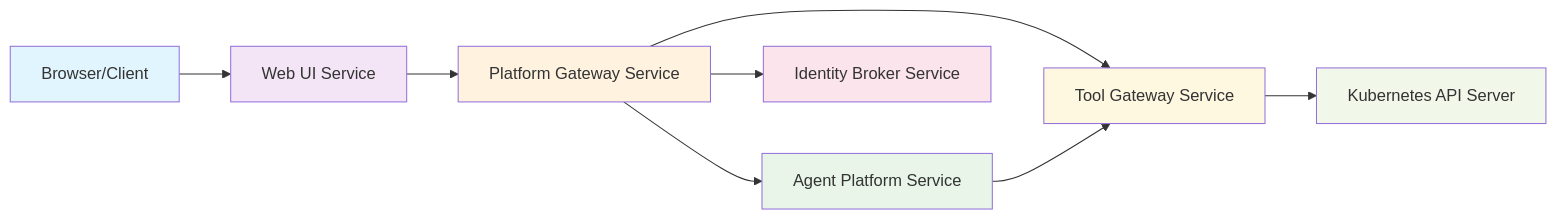
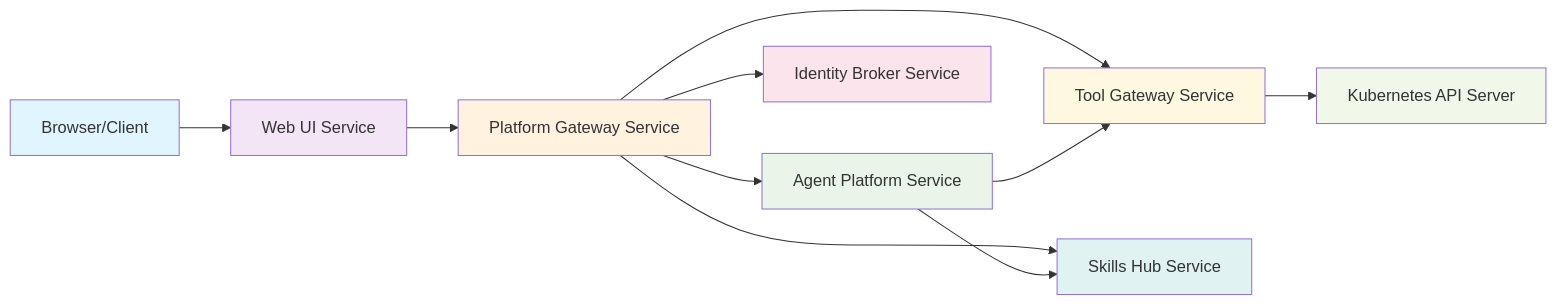
The second of 2 diagrams in .qoder/repowiki/en/content/Deployment and Operations/Kubernetes Deployment.md (metasync/luban-aiops), drawn with Mermaid before and after one commit. The commit also changed other lines of this file and 64 other files, not shown here.

Commit message:
docs: refresh repowiki knowledge cache for SPEC-014 skills hub

````diff
--- a/.qoder/repowiki/en/content/Deployment and Operations/Kubernetes Deployment.md
+++ b/.qoder/repowiki/en/content/Deployment and Operations/Kubernetes Deployment.md
@@ -304,17 +408,20 @@
 ```mermaid
 graph LR
 A[Browser/Client] --> B[Web UI Service]
 B --> C[Platform Gateway Service]
 C --> D[Agent Platform Service]
 C --> E[Tool Gateway Service]
 D --> E
 C --> F[Identity Broker Service]
 E --> G[Kubernetes API Server]
+C --> H[Skills Hub Service]
+D --> H
 style A fill:#e1f5fe
 style B fill:#f3e5f5
 style C fill:#fff3e0
 style D fill:#e8f5e8
 style E fill:#fff8e1
 style F fill:#fce4ec
 style G fill:#f1f8e9
+style H fill:#e0f2f1
 ```
````
